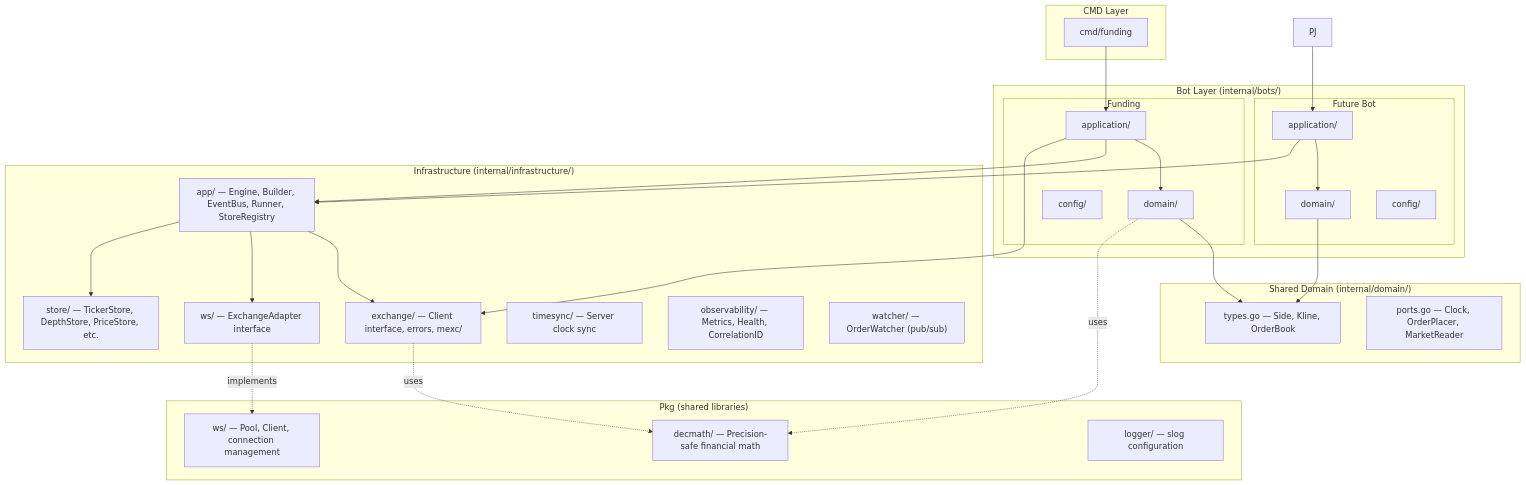
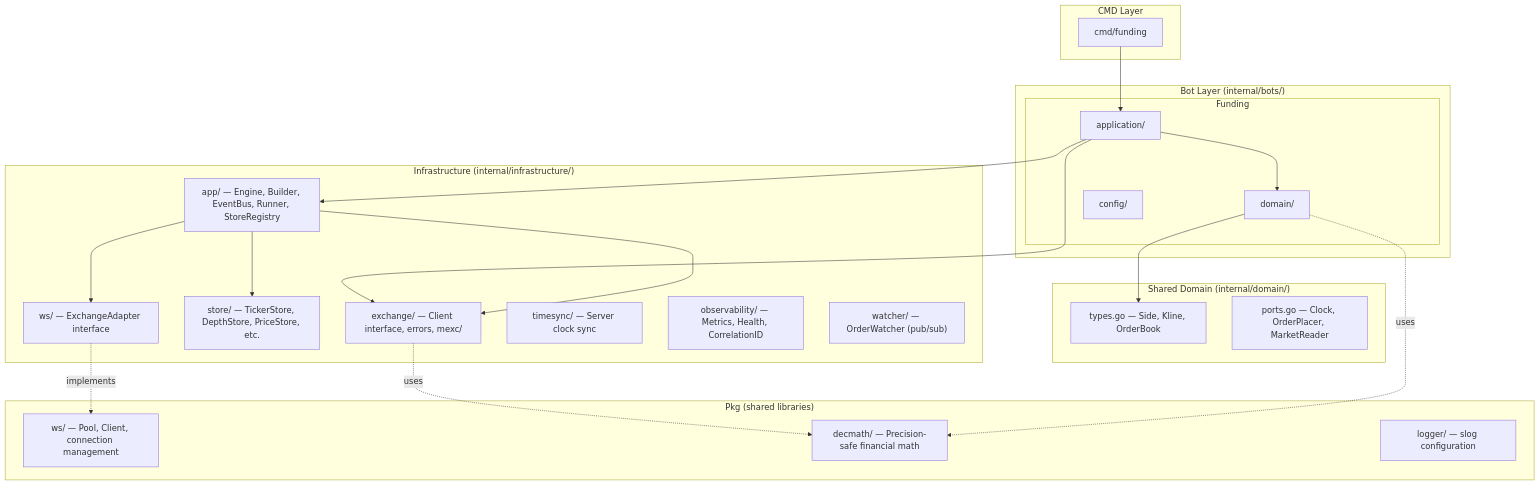
One commit to dangnmh/crypto-bot changed the first of 3 diagrams in docs/tech/architecture.md. Above: the diagram before and after it, drawn with Mermaid. The commit also changed other lines of this file and 122 other files, not shown here.

````diff
--- a/docs/tech/architecture.md
+++ b/docs/tech/architecture.md
@@ -23,56 +23,47 @@
 ```mermaid
 graph TB
     subgraph "CMD Layer"
         FR["cmd/funding"]
     end
 
     subgraph "Bot Layer (internal/bots/)"
         subgraph "Funding"
             FRA["application/"]
             FRD["domain/"]
             FRC["config/"]
-        end
-        subgraph "Future Bot"
-            PJA["application/"]
-            PJD["domain/"]
-            PJC["config/"]
         end
     end
 
     subgraph "Shared Domain (internal/domain/)"
         DT["types.go — Side, Kline, OrderBook"]
         DP["ports.go — Clock, OrderPlacer, MarketReader"]
     end
 
     subgraph "Infrastructure (internal/infrastructure/)"
         APP["app/ — Engine, Builder, EventBus, Runner, StoreRegistry"]
         EX["exchange/ — Client interface, errors, mexc/"]
         ST["store/ — TickerStore, DepthStore, PriceStore, etc."]
         WS["ws/ — ExchangeAdapter interface"]
         TS["timesync/ — Server clock sync"]
         OBS["observability/ — Metrics, Health, CorrelationID"]
         WAT["watcher/ — OrderWatcher (pub/sub)"]
     end
 
     subgraph "Pkg (shared libraries)"
         PWS["ws/ — Pool, Client, connection management"]
         DM["decmath/ — Precision-safe financial math"]
         LOG["logger/ — slog configuration"]
     end
 
     FR --> FRA
-    PJ --> PJA
     FRA --> FRD
     FRA --> APP
     FRA --> EX
-    PJA --> PJD
-    PJA --> APP
     FRD --> DT
-    PJD --> DT
     APP --> EX
     APP --> WS
     APP --> ST
     WS -.->|implements| PWS
     EX -.->|uses| DM
     FRD -.->|uses| DM
 ```
````
